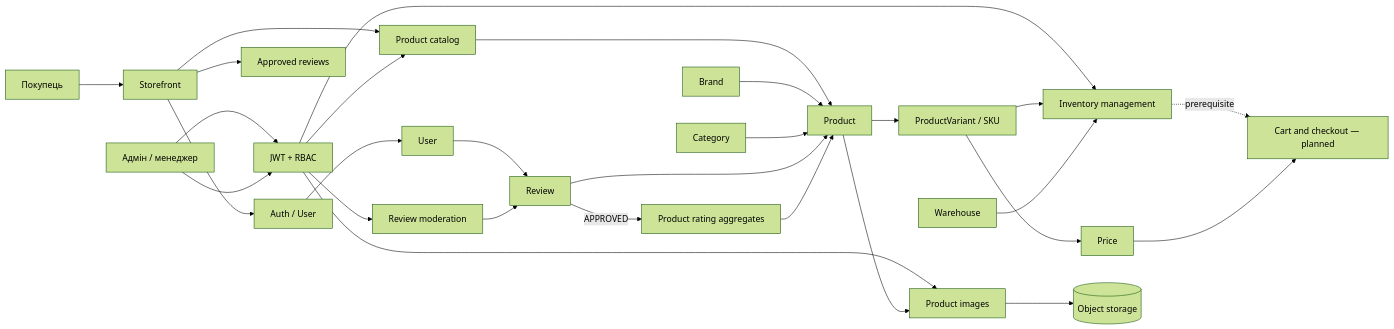
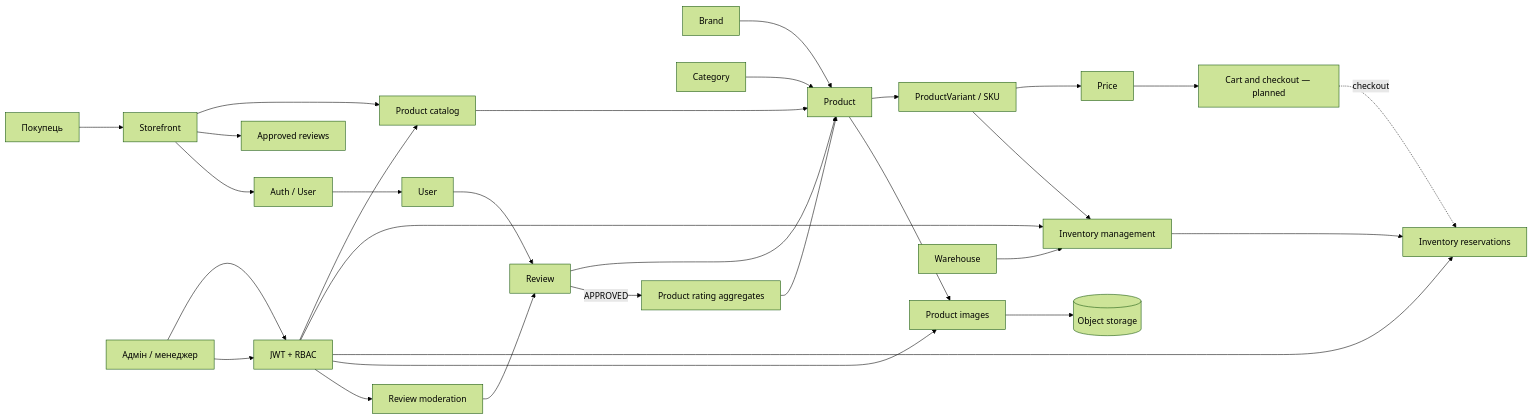
One commit to Sergi0let/ecommerce-monorepo changed the diagram in docs/_feature-api.md. Above: the diagram before and after it, drawn with Mermaid (forest theme). The commit also changed other lines of this file and 2 other files, not shown here.

Commit message:
docs(api): close inventory reservation and plan cart

```diff
--- a/docs/_feature-api.md
+++ b/docs/_feature-api.md
@@ -63,30 +65,32 @@
 ~~~mermaid
 flowchart LR
   Customer[Покупець] --> Storefront[Storefront]
   Admin[Адмін / менеджер] --> RBAC[JWT + RBAC]
   Storefront --> Catalog[Product catalog]
   Storefront --> PublicReviews[Approved reviews]
   Storefront --> Auth[Auth / User]
   Admin --> RBAC
   RBAC --> Catalog
   RBAC --> Inventory[Inventory management]
+  RBAC --> Reservations[Inventory reservations]
   RBAC --> Images[Product images]
   RBAC --> Moderation[Review moderation]
   Catalog --> Product[Product]
   Brand[Brand] --> Product
   Category[Category] --> Product
   Product --> Variant[ProductVariant / SKU]
   Variant --> Price[Price]
   Variant --> Inventory
   Warehouse[Warehouse] --> Inventory
   Product --> Images
   Images --> R2[(Object storage)]
   User[User] --> Review[Review]
   Auth --> User
   Review --> Product
   Moderation --> Review
   Review -->|APPROVED| Rating[Product rating aggregates]
   Rating --> Product
-  Inventory -. prerequisite .-> Cart[Cart and checkout — planned]
+  Inventory --> Reservations
+  Cart[Cart and checkout — planned] -. checkout .-> Reservations
   Price --> Cart
 ~~~
```
